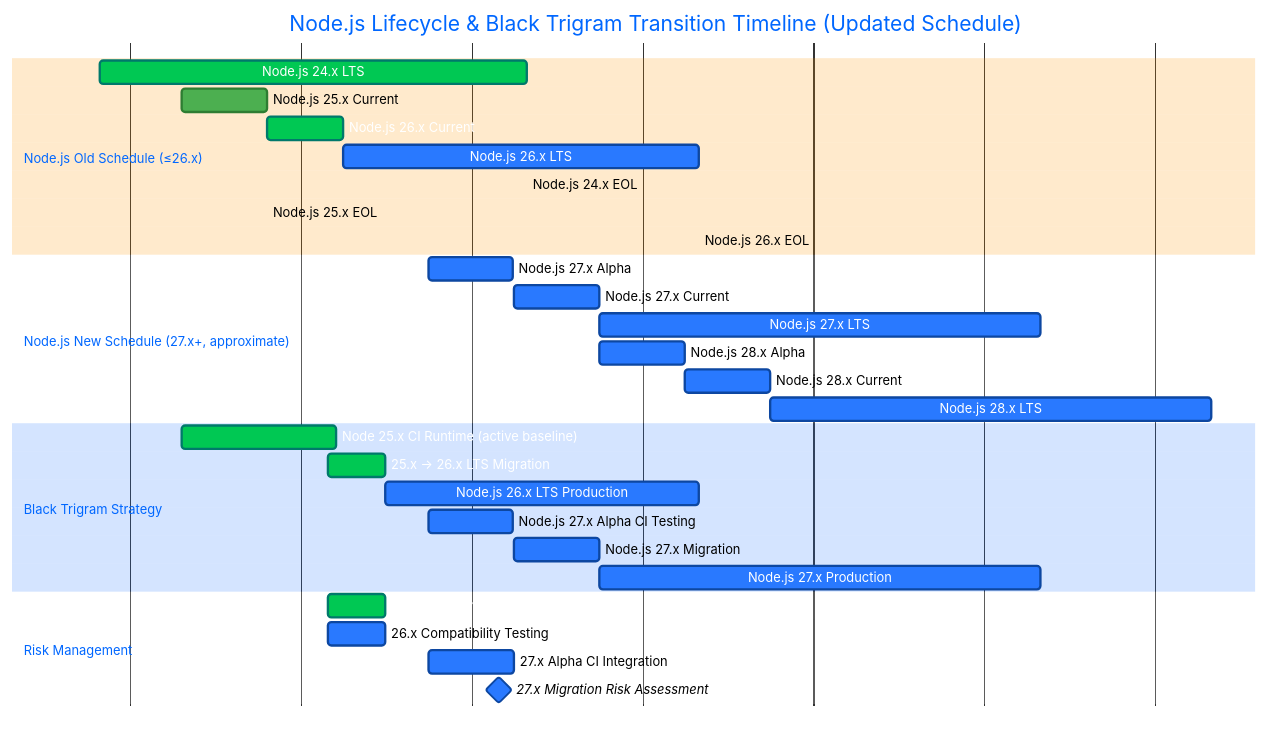
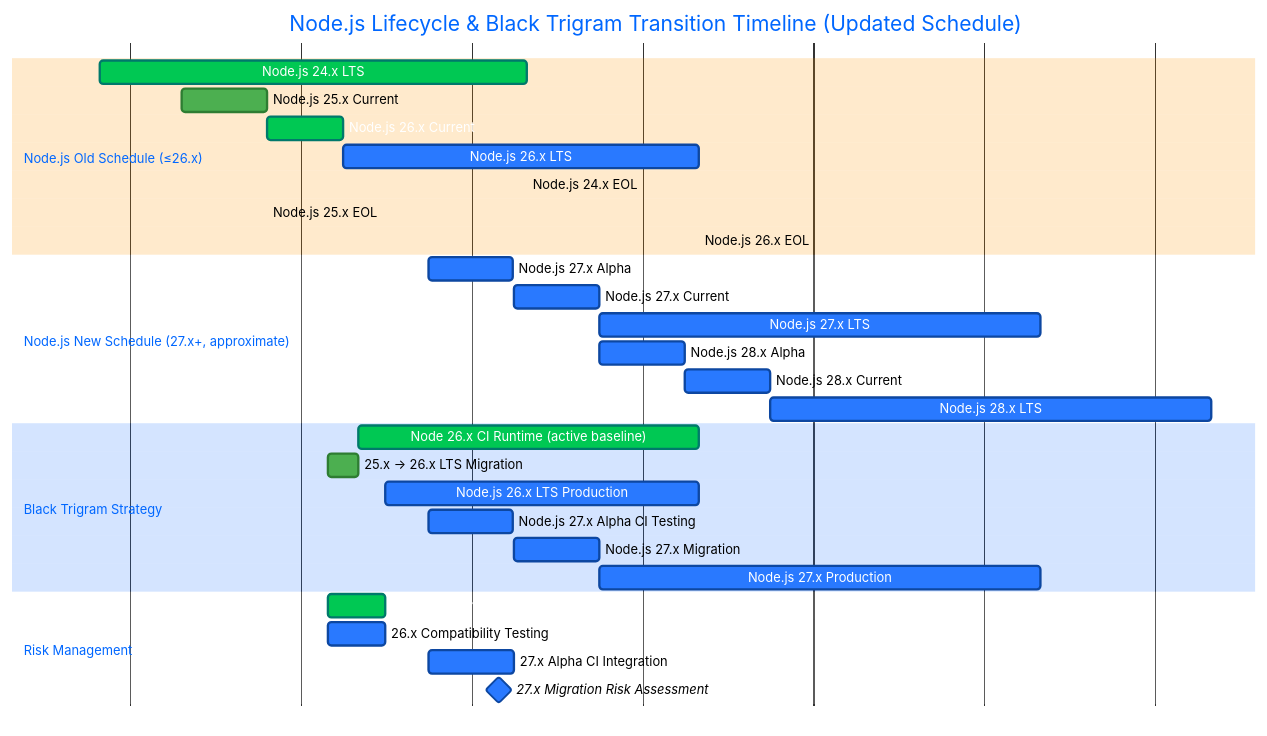
The second of 8 diagrams in End-of-Life-Strategy.md (Hack23/blacktrigram), drawn with Mermaid before and after one commit. The commit also changed other lines of this file and 24 other files, not shown here.

````diff
--- a/End-of-Life-Strategy.md
+++ b/End-of-Life-Strategy.md
@@ -175,38 +175,38 @@
 ```mermaid
 %%{init: {'theme':'base', 'themeVariables': {'primaryColor':'#2979FF','primaryTextColor':'#fff','primaryBorderColor':'#0D47A1','lineColor':'#455A64','secondaryColor':'#4CAF50','tertiaryColor':'#FF9800','taskBkgColor':'#2979FF','taskTextColor':'#fff','taskTextDarkColor':'#fff','taskTextOutsideColor':'#000','activeTaskBkgColor':'#00C853','activeTaskBorderColor':'#00796B','doneTaskBkgColor':'#4CAF50','doneTaskBorderColor':'#2E7D32','critBkgColor':'#D32F2F','critBorderColor':'#B71C1C'}}}%%
 gantt
     title Node.js Lifecycle & Black Trigram Transition Timeline (Updated Schedule)
     dateFormat YYYY-MM-DD
     axisFormat %Y-%m
 
     section Node.js Old Schedule (≤26.x)
     Node.js 24.x LTS        :active, node24lts, 2024-10-29, 2027-04-30
     Node.js 25.x Current     :done, node25c, 2025-04-22, 2025-10-21
     Node.js 26.x Current     :active, node26c, 2025-10-21, 2026-04-01
     Node.js 26.x LTS         :node26lts, 2026-04-01, 2028-04-30
     Node.js 24.x EOL         :crit, node24eol, 2027-04-30, 0d
     Node.js 25.x EOL         :crit, node25eol, 2025-10-21, 0d
     Node.js 26.x EOL         :crit, node26eol, 2028-04-30, 0d
 
     section Node.js New Schedule (27.x+, approximate)
     Node.js 27.x Alpha       :node27a, 2026-10-01, 2027-03-31
     Node.js 27.x Current     :node27c, 2027-04-01, 2027-09-30
     Node.js 27.x LTS         :node27lts, 2027-10-01, 2030-04-30
     Node.js 28.x Alpha       :node28a, 2027-10-01, 2028-03-31
     Node.js 28.x Current     :node28c, 2028-04-01, 2028-09-30
     Node.js 28.x LTS         :node28lts, 2028-10-01, 2031-04-30
 
     section Black Trigram Strategy
-    Node 25.x CI Runtime (active baseline) :active, bt25prod, 2025-04-22, 2026-03-18
-    25.x → 26.x LTS Migration      :active, bt25mig, 2026-03-01, 2026-06-30
+    Node 26.x CI Runtime (active baseline) :active, bt26prod_ci, 2026-05-05, 2028-04-30
+    25.x → 26.x LTS Migration      :done, bt25mig, 2026-03-01, 2026-05-05
     Node.js 26.x LTS Production     :bt26prod, 2026-06-30, 2028-04-30
     Node.js 27.x Alpha CI Testing   :bt27alpha, 2026-10-01, 2027-03-31
     Node.js 27.x Migration          :bt27mig, 2027-04-01, 2027-09-30
     Node.js 27.x Production         :bt27prod, 2027-10-01, 2030-04-30
 
     section Risk Management
     26.x LTS Migration (Active)      :active, upgrade26, 2026-03-01, 2026-06-30
     26.x Compatibility Testing       :compat26, 2026-03-01, 2026-06-30
     27.x Alpha CI Integration        :alphaci, 2026-10-01, 2027-04-01
     27.x Migration Risk Assessment   :milestone, riskassess27, 2027-03-01, 0d
 ```
````
